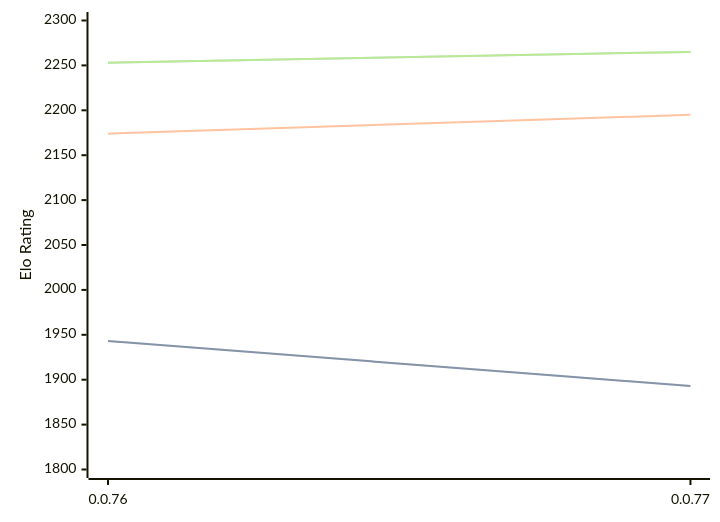
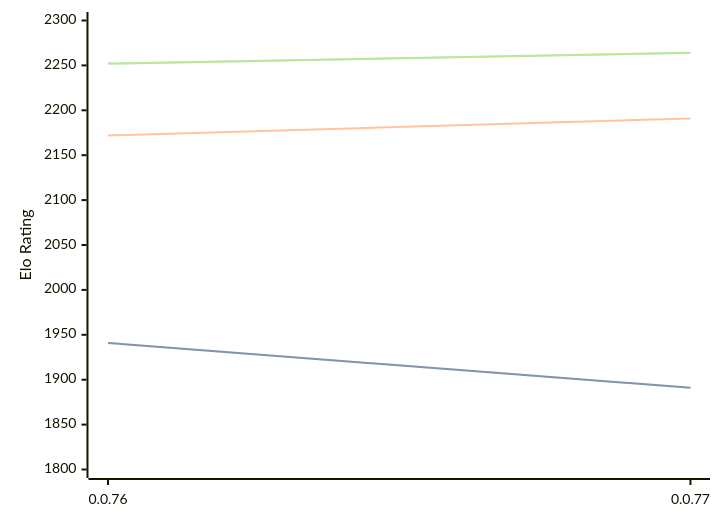
One commit to computer-chess-index/cci changed the diagram in engines/Fktb.md. Above: the diagram before and after it, drawn with Mermaid. The commit also changed other lines of this file, not shown here.

Commit message:
Update CCI Ratings (ELO VLTC) - 2026-04-27

````diff
--- a/engines/Fktb.md
+++ b/engines/Fktb.md
@@ -32,11 +32,11 @@
 ```mermaid
 %%{init: {"theme":"base","themeVariables":{"seriesColors:['#a3a3a3','#222221','#faa371']}}}%%
 xychart-beta
   x-axis ["0.0.76", "0.0.77"]
   y-axis "Elo Rating" 1800 --> 2300
-  line "STC (8.0+0.08s)" [1943, 1893]
-  line "STC (8.0+0.08s)" [1943, 1893]
-  line "LTC (60.0+0.60s)" [2174, 2195]
-  line "VLTC (2m24s+1.12s)" [2253, 2265]
-  line "VLTC (2m24s+1.12s)" [2253, 2265]
+  line "STC (8.0+0.08s)" [1941, 1891]
+  line "STC (8.0+0.08s)" [1941, 1891]
+  line "LTC (60.0+0.60s)" [2172, 2191]
+  line "VLTC (2m24s+1.12s)" [2252, 2264]
+  line "VLTC (2m24s+1.12s)" [2252, 2264]
 ```
````
